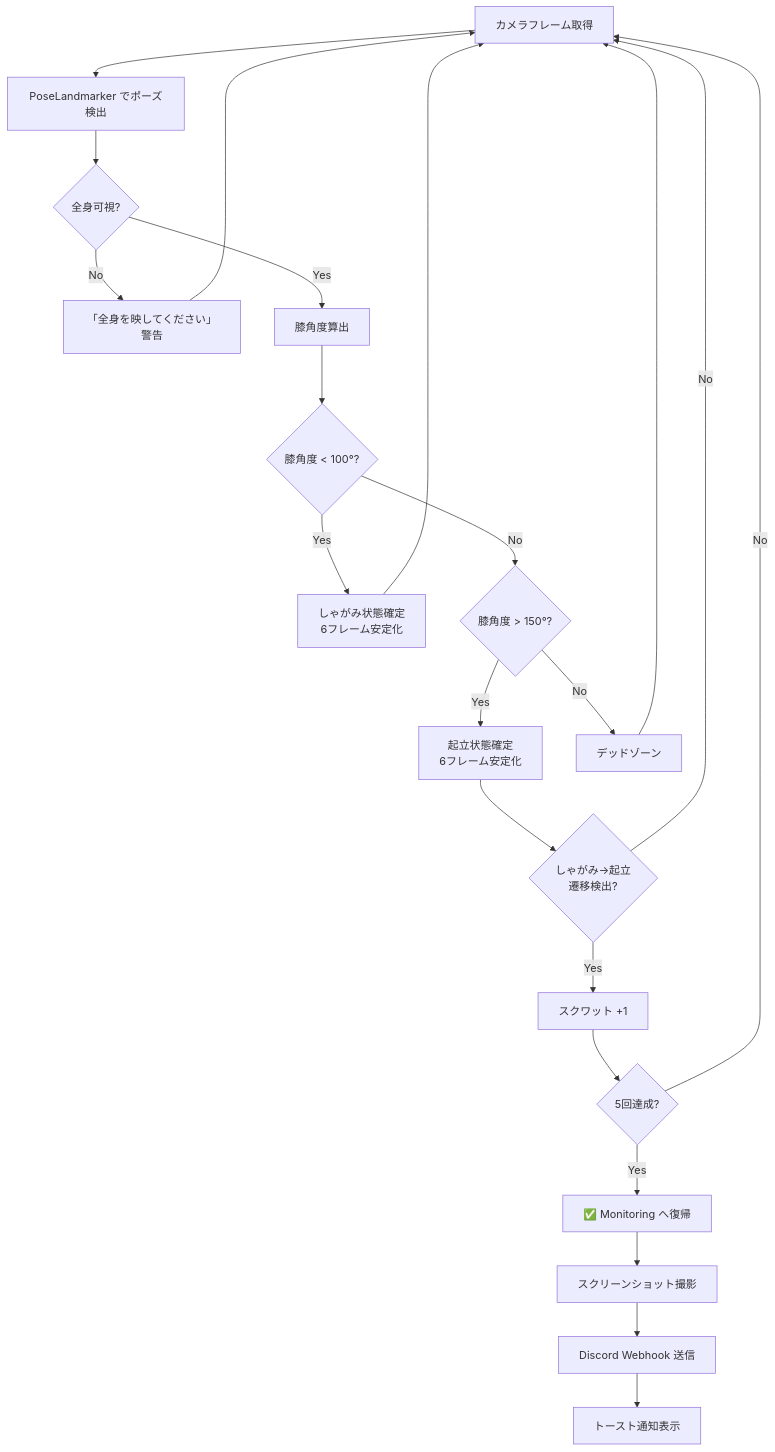
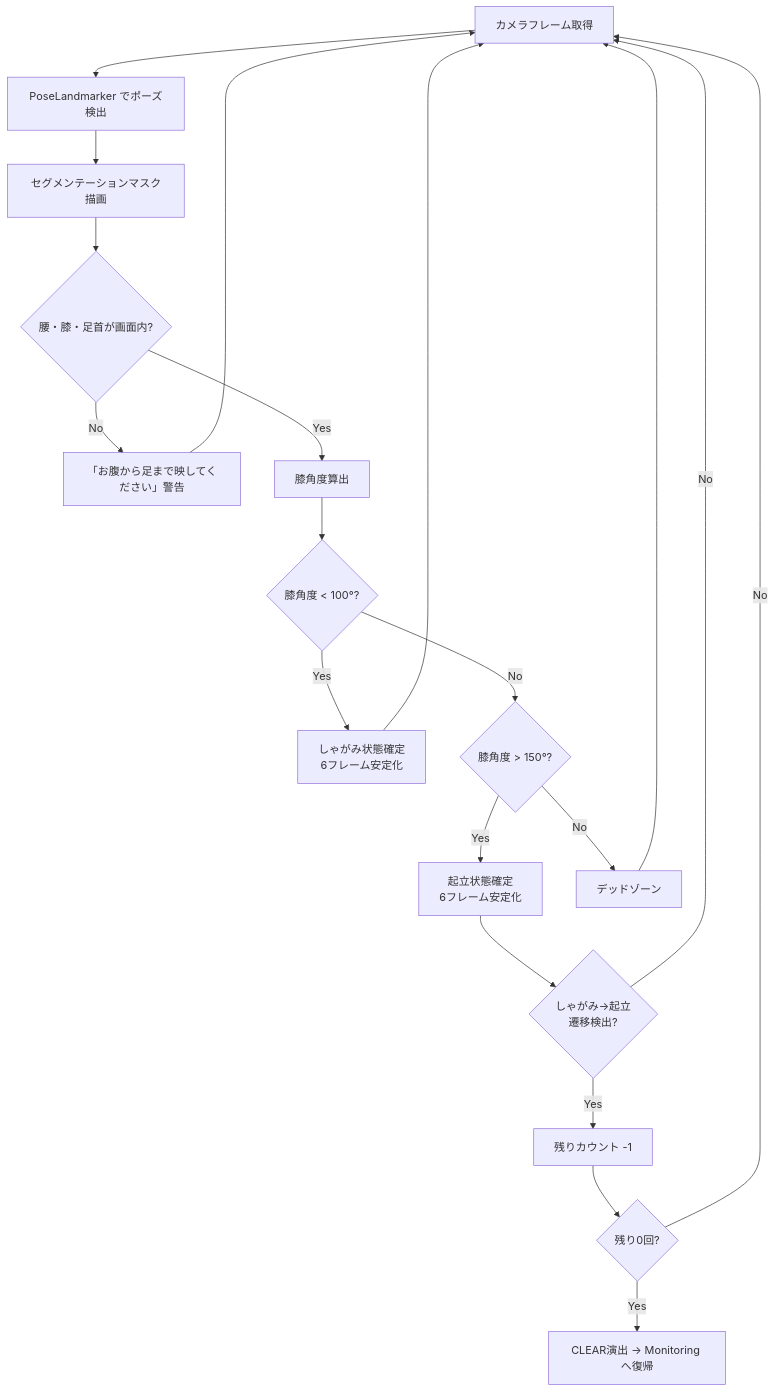
Before and after one commit to Raptor-zip/KOSENJIN-Hackathon-2026: the third of 5 diagrams in README.md, drawn with Mermaid. The commit also changed other lines of this file and 8 other files, not shown here.

````diff
--- a/README.md
+++ b/README.md
@@ -67,22 +98,20 @@
 ```mermaid
 flowchart TD
     A[カメラフレーム取得] --> B[PoseLandmarker でポーズ検出]
-    B --> C{全身可視?}
-    C -- No --> D[「全身を映してください」警告] --> A
+    B --> S[セグメンテーションマスク描画]
+    S --> C{腰・膝・足首が画面内?}
+    C -- No --> D[「お腹から足まで映してください」警告] --> A
     C -- Yes --> E[膝角度算出]
     E --> F{膝角度 < 100°?}
     F -- Yes --> G[しゃがみ状態確定<br/>6フレーム安定化]
     F -- No --> H{膝角度 > 150°?}
     H -- Yes --> I[起立状態確定<br/>6フレーム安定化]
     H -- No --> J[デッドゾーン] --> A
     G --> A
     I --> K{しゃがみ→起立<br/>遷移検出?}
-    K -- Yes --> L[スクワット +1]
+    K -- Yes --> L[残りカウント -1]
     K -- No --> A
-    L --> M{5回達成?}
+    L --> M{残り0回?}
     M -- No --> A
-    M -- Yes --> N[✅ Monitoring へ復帰]
-    N --> O[スクリーンショット撮影]
-    O --> P[Discord Webhook 送信]
-    P --> Q[トースト通知表示]
+    M -- Yes --> N[CLEAR演出 → Monitoring へ復帰]
 ```
````
